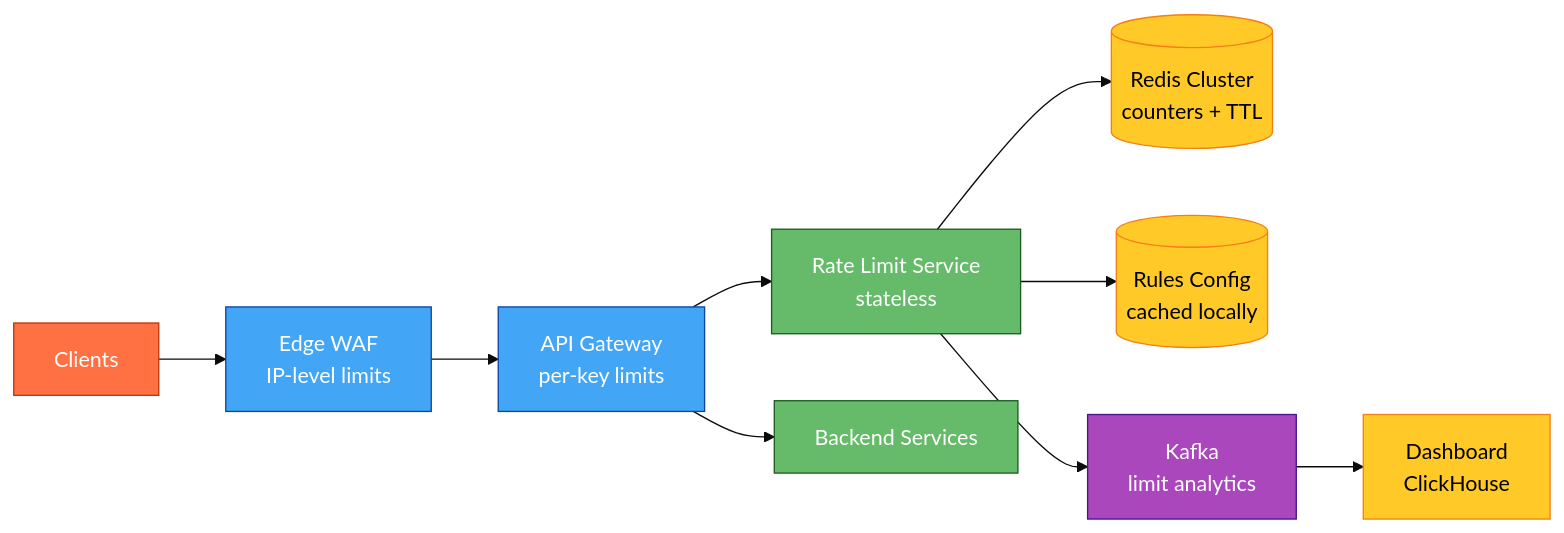
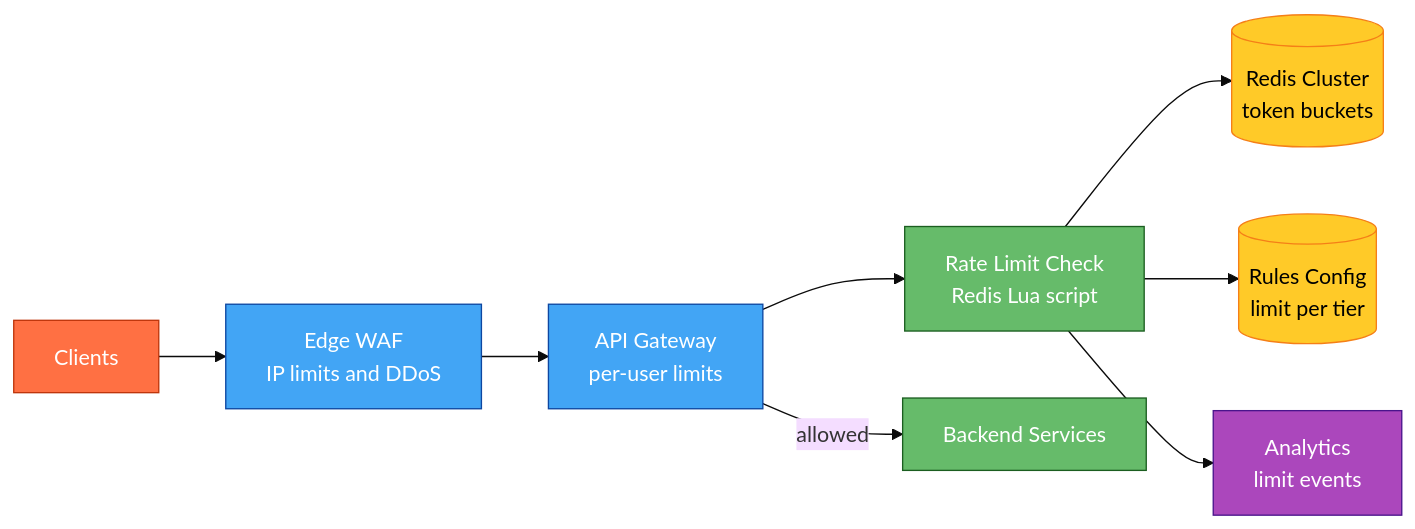
One commit to iluzn/HLD-Designs changed diagram 13 of 13 in RateLimiter.md. Above: the diagram before and after it, drawn with Mermaid (base theme). The commit also changed other lines of this file, not shown here.

Commit message:
Rewrite Rate Limiter: beginner-friendly with diagrams-first, glossary, decision trees

````diff
--- a/RateLimiter.md
+++ b/RateLimiter.md
@@ -324,27 +432,25 @@
 ```mermaid
 flowchart LR
-    CLIENT["Clients"]:::client
-    EDGE["Edge WAF<br/>IP-level limits"]:::edge
-    GW["API Gateway<br/>per-key limits"]:::edge
-    RL["Rate Limit Service<br/>stateless"]:::service
-    REDIS[("Redis Cluster<br/>counters + TTL")]:::data
-    RULES[("Rules Config<br/>cached locally")]:::data
+    CLIENTS["Clients"]:::client
+    EDGE["Edge WAF<br/>IP limits and DDoS"]:::edge
+    GW["API Gateway<br/>per-user limits"]:::edge
+    RL["Rate Limit Check<br/>Redis Lua script"]:::service
+    REDIS[("Redis Cluster<br/>token buckets")]:::data
+    RULES[("Rules Config<br/>limit per tier")]:::data
     API["Backend Services"]:::service
-    K["Kafka<br/>limit analytics"]:::async
-    DASH["Dashboard<br/>ClickHouse"]:::data
+    K["Analytics<br/>limit events"]:::async
 
-    CLIENT --> EDGE
+    CLIENTS --> EDGE
     EDGE --> GW
     GW --> RL
     RL --> REDIS
     RL --> RULES
-    GW --> API
+    GW -->|"allowed"| API
     RL --> K
-    K --> DASH
 
     classDef client fill:#FF7043,stroke:#BF360C,color:#fff
     classDef edge fill:#42A5F5,stroke:#0D47A1,color:#fff
     classDef service fill:#66BB6A,stroke:#1B5E20,color:#fff
     classDef async fill:#AB47BC,stroke:#4A148C,color:#fff
     classDef data fill:#FFCA28,stroke:#F57F17,color:#000
 ```
````
